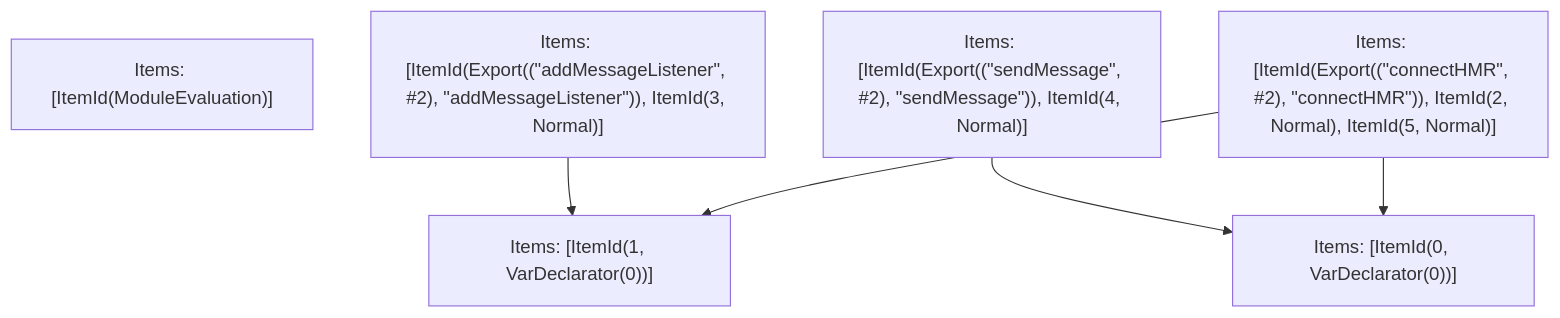
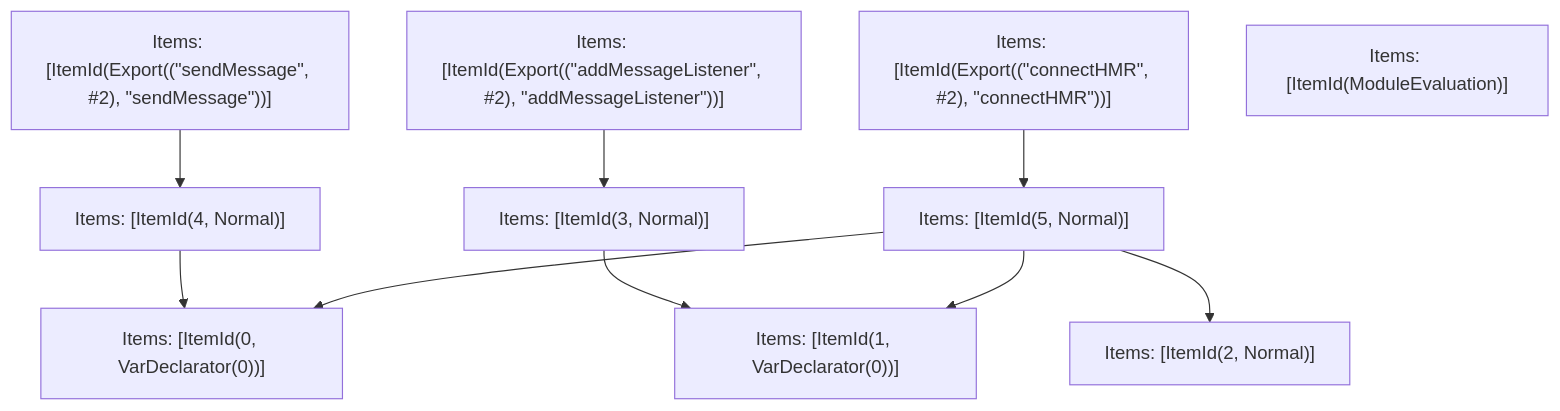
Before and after one commit to vercel/turborepo: the fifth of 5 diagrams in crates/turbopack-ecmascript/tests/tree-shaker/analyzer/failed-1/output.md, drawn with Mermaid. The commit also changed other lines of this file and 72 other files, not shown here.

````diff
--- a/crates/turbopack-ecmascript/tests/tree-shaker/analyzer/failed-1/output.md
+++ b/crates/turbopack-ecmascript/tests/tree-shaker/analyzer/failed-1/output.md
@@ -218,13 +218,21 @@
 ```mermaid
 graph TD
-    N0["Items: [ItemId(ModuleEvaluation)]"];
-    N1["Items: [ItemId(Export((&quot;addMessageListener&quot;, #2), &quot;addMessageListener&quot;)), ItemId(3, Normal)]"];
-    N2["Items: [ItemId(Export((&quot;sendMessage&quot;, #2), &quot;sendMessage&quot;)), ItemId(4, Normal)]"];
-    N3["Items: [ItemId(Export((&quot;connectHMR&quot;, #2), &quot;connectHMR&quot;)), ItemId(2, Normal), ItemId(5, Normal)]"];
-    N4["Items: [ItemId(0, VarDeclarator(0))]"];
-    N5["Items: [ItemId(1, VarDeclarator(0))]"];
-    N1 --> N5;
-    N2 --> N4;
-    N3 --> N4;
-    N3 --> N5;
+    N0["Items: [ItemId(2, Normal)]"];
+    N1["Items: [ItemId(0, VarDeclarator(0))]"];
+    N2["Items: [ItemId(1, VarDeclarator(0))]"];
+    N3["Items: [ItemId(5, Normal)]"];
+    N4["Items: [ItemId(Export((&quot;connectHMR&quot;, #2), &quot;connectHMR&quot;))]"];
+    N5["Items: [ItemId(4, Normal)]"];
+    N6["Items: [ItemId(Export((&quot;sendMessage&quot;, #2), &quot;sendMessage&quot;))]"];
+    N7["Items: [ItemId(3, Normal)]"];
+    N8["Items: [ItemId(Export((&quot;addMessageListener&quot;, #2), &quot;addMessageListener&quot;))]"];
+    N9["Items: [ItemId(ModuleEvaluation)]"];
+    N8 --> N7;
+    N6 --> N5;
+    N4 --> N3;
+    N7 --> N2;
+    N5 --> N1;
+    N3 --> N1;
+    N3 --> N2;
+    N3 --> N0;
 ```
````
